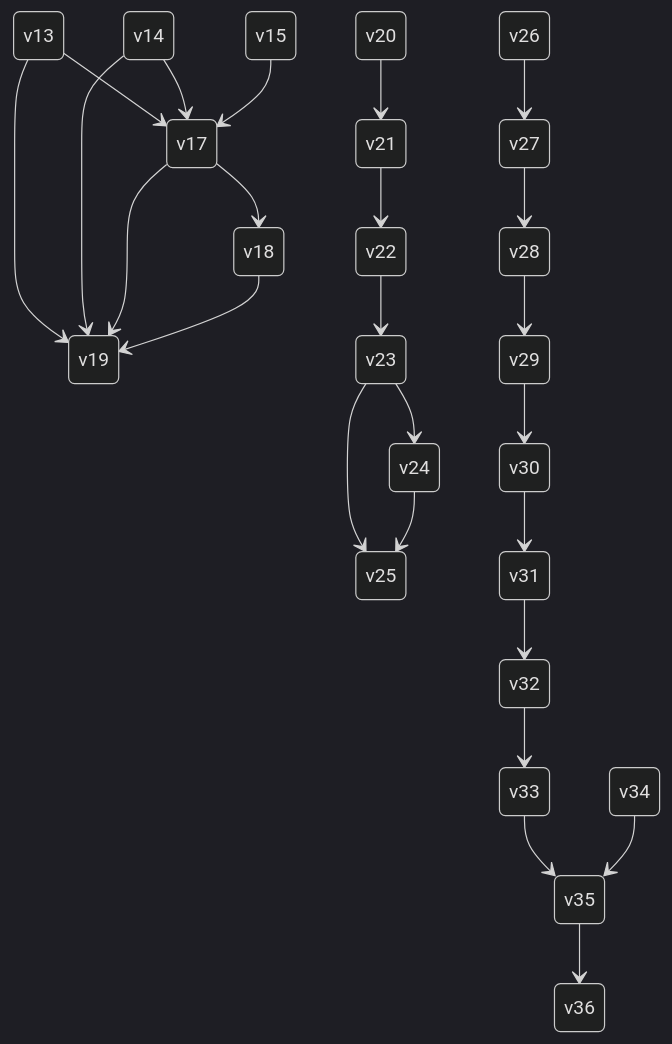
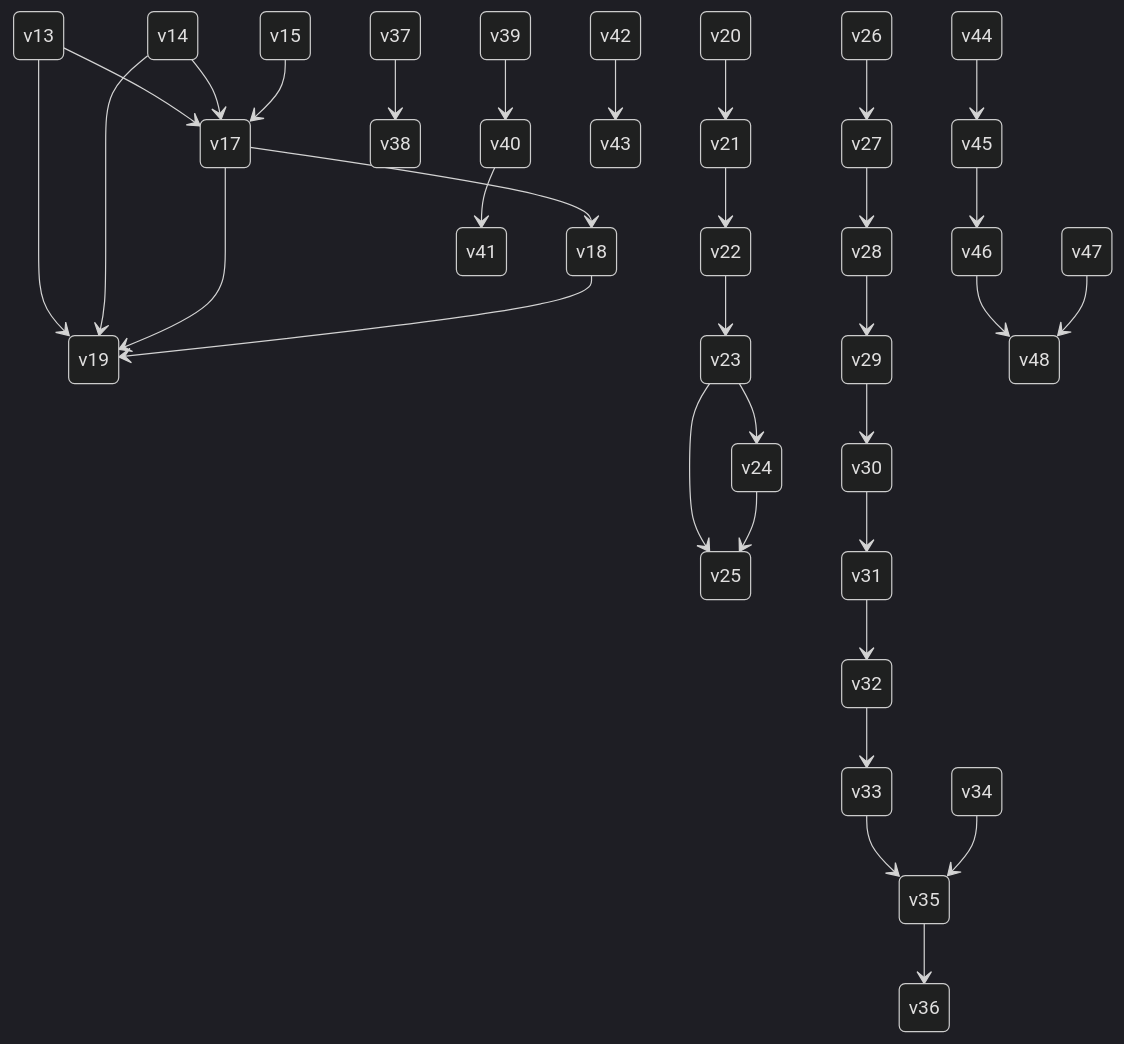
One commit to awchjimmy/twms-client-download changed the diagram in experimental/dependency-graph.md. Above: the diagram before and after it, drawn with Mermaid (dark theme). The commit also changed other lines of this file, not shown here.

````diff
--- a/experimental/dependency-graph.md
+++ b/experimental/dependency-graph.md
@@ -3,27 +3,35 @@
 ```mermaid
 stateDiagram-v2
     v13 --> v17
     v14 --> v17
     v15 --> v17
     v17 --> v18
     v13 --> v19
     v14 --> v19
     v17 --> v19
     v18 --> v19
     v20 --> v21
     v21 --> v22
     v22 --> v23
     v23 --> v24
     v23 --> v25
     v24 --> v25
     v26 --> v27
     v27 --> v28
     v28 --> v29
     v29 --> v30
     v30 --> v31
     v31 --> v32
     v32 --> v33
     v33 --> v35
     v34 --> v35
     v35 --> v36
+    v37 --> v38
+    v39 --> v40
+    v40 --> v41
+    v42 --> v43
+    v44 --> v45
+    v45 --> v46
+    v46 --> v48
+    v47 --> v48
 ```
````
